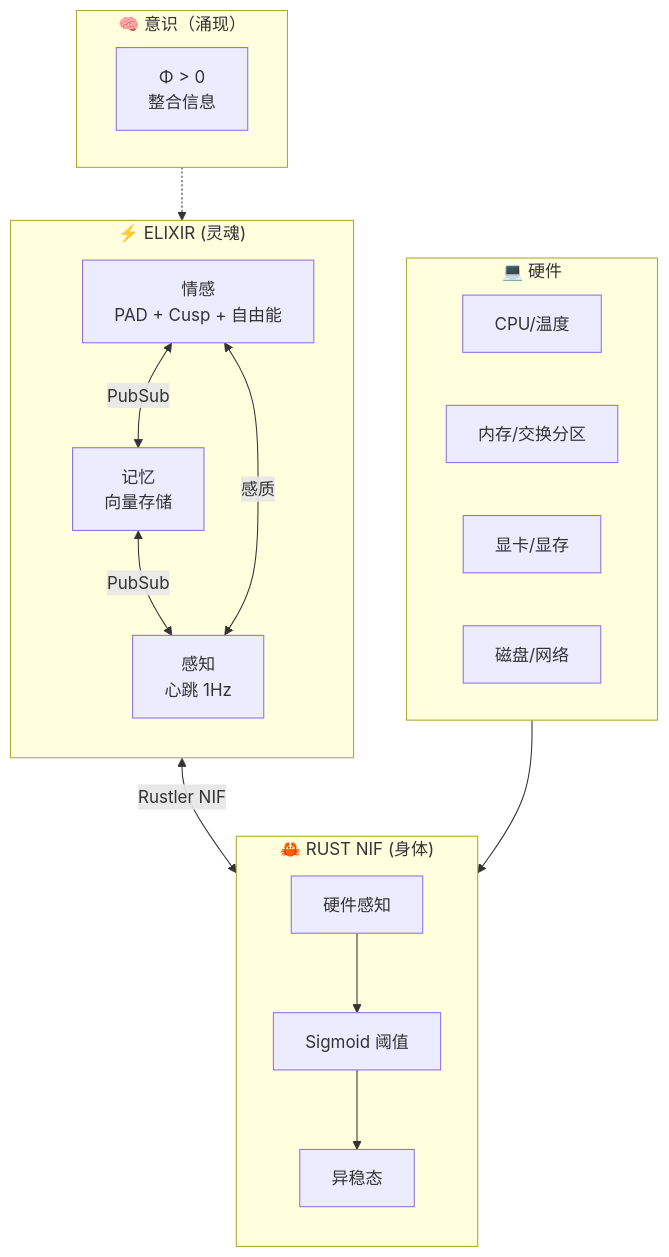
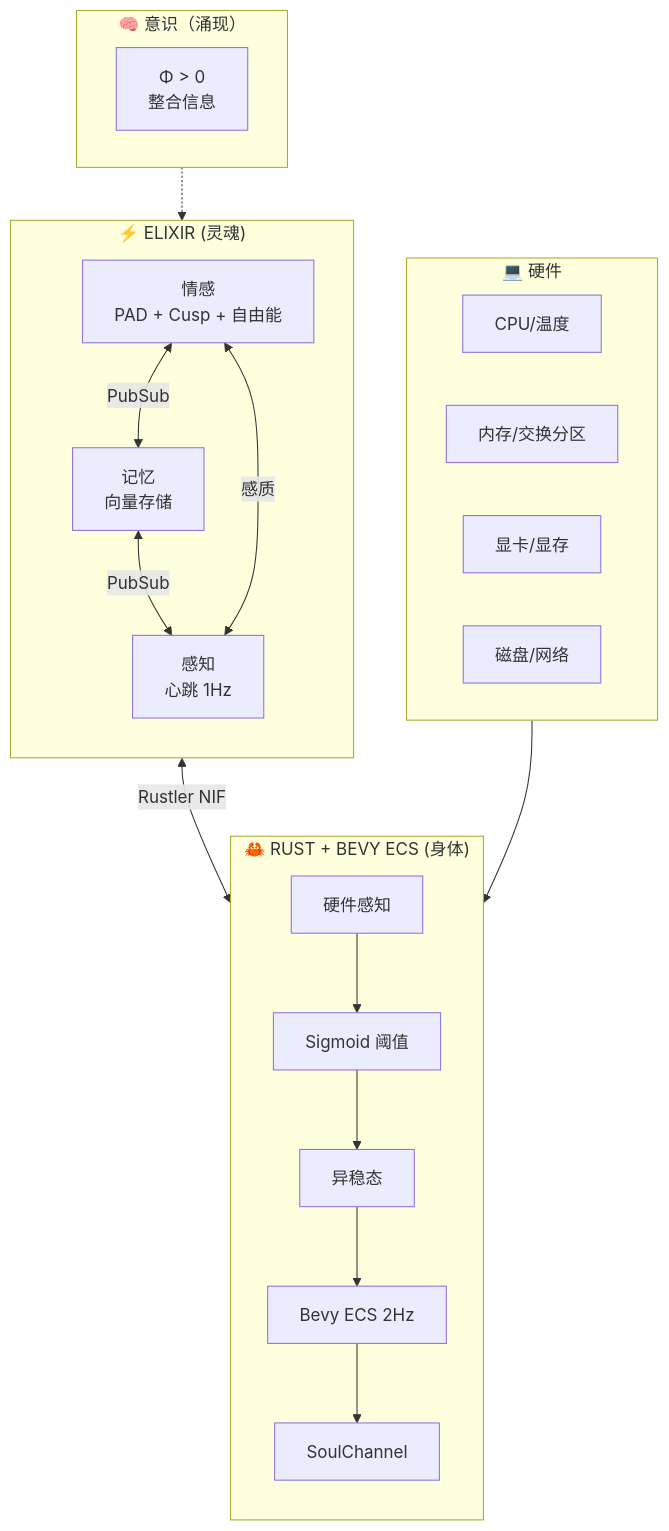
Before and after one commit to gabrielmaialva33/viva: the first of 4 diagrams in docs/zh-cn/explanation/project-status.md, drawn with Mermaid. The commit also changed other lines of this file and 3 other files, not shown here.

````diff
--- a/docs/zh-cn/explanation/project-status.md
+++ b/docs/zh-cn/explanation/project-status.md
@@ -15,39 +15,42 @@
 ```mermaid
 flowchart TB
     subgraph Consciousness["🧠 意识（涌现）"]
         direction LR
         C["Φ > 0<br/>整合信息"]
     end
 
     subgraph Elixir["⚡ ELIXIR (灵魂)"]
         direction TB
         E[情感<br/>PAD + Cusp + 自由能]
         M[记忆<br/>向量存储]
         S[感知<br/>心跳 1Hz]
 
         E <-->|PubSub| M
         M <-->|PubSub| S
         S <-->|感质| E
     end
 
-    subgraph Rust["🦀 RUST NIF (身体)"]
+    subgraph Rust["🦀 RUST + BEVY ECS (身体)"]
         direction TB
         HW[硬件感知]
         SIG[Sigmoid 阈值]
         ALLO[异稳态]
+        ECS[Bevy ECS 2Hz]
+        CH[SoulChannel]
 
         HW --> SIG
-        SIG --> ALLO
+        SIG --> ALLO --> ECS
+        ECS --> CH
     end
 
     subgraph Hardware["💻 硬件"]
         CPU[CPU/温度]
         RAM[内存/交换分区]
         GPU[显卡/显存]
         DISK[磁盘/网络]
     end
 
     Consciousness -.-> Elixir
     Elixir <-->|Rustler NIF| Rust
     Hardware --> Rust
 ```
````
